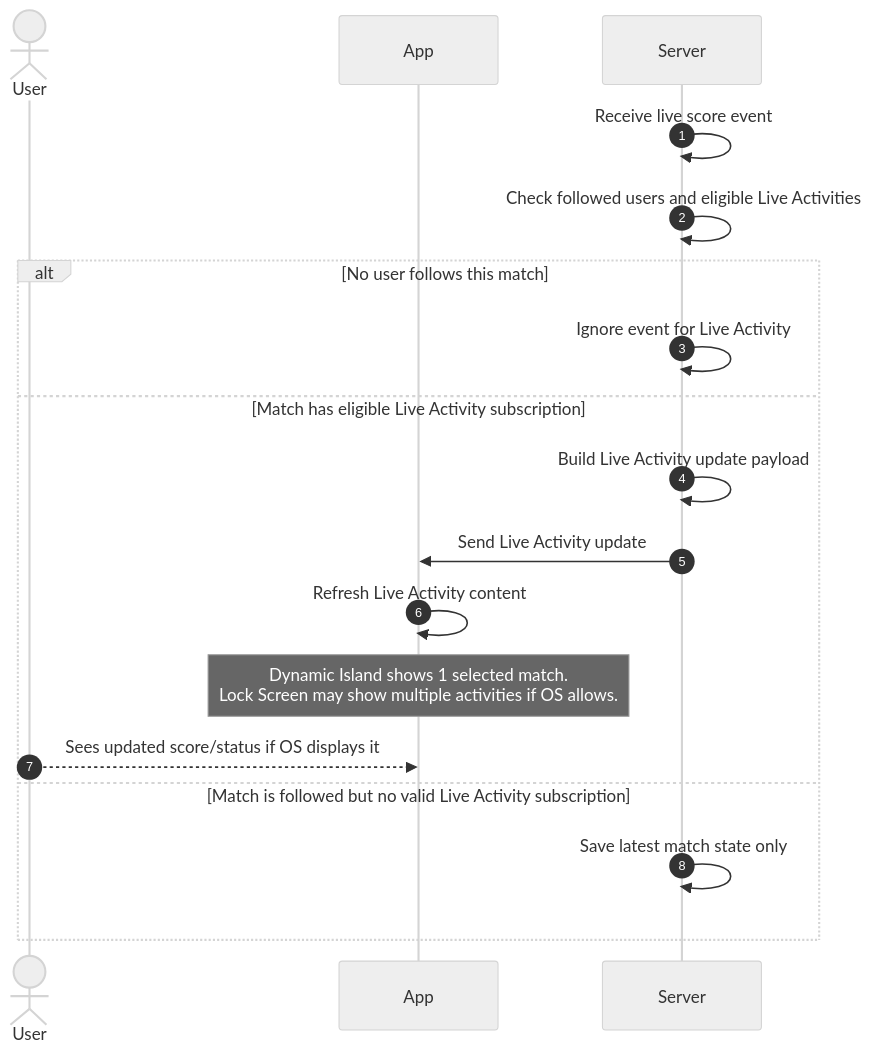
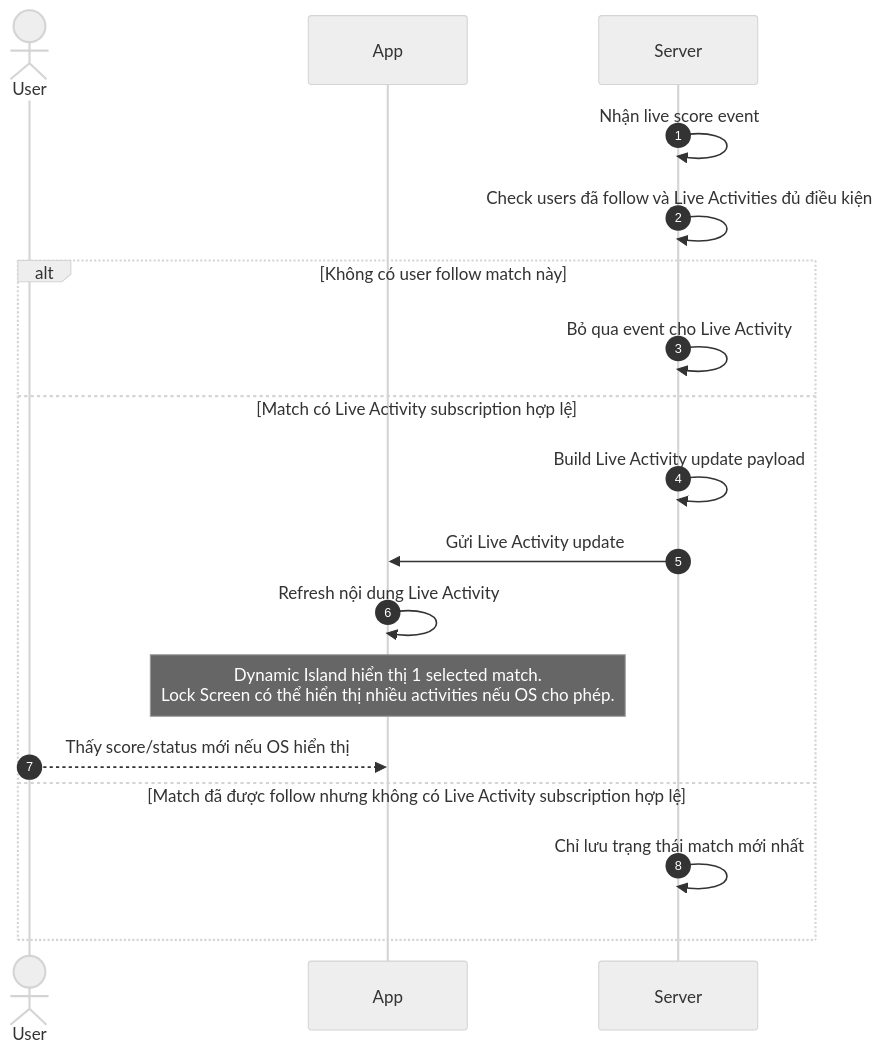
The second of 4 diagrams in features/final-docs/Sport-Zone/Live-Activity/product/live-activity-user-flows.md (duongdang1136/FPTPLay), drawn with Mermaid (neutral theme) before and after one commit. The commit also changed other lines of this file, not shown here.

Commit message:
docs: translate live activity user flows

````diff
--- a/features/final-docs/Sport-Zone/Live-Activity/product/live-activity-user-flows.md
+++ b/features/final-docs/Sport-Zone/Live-Activity/product/live-activity-user-flows.md
@@ -180,23 +179,23 @@
 ```mermaid
 sequenceDiagram
     autonumber
 
     actor User
     participant App
     participant Server
 
-    Server->>Server: Receive live score event
-    Server->>Server: Check followed users and eligible Live Activities
+    Server->>Server: Nhận live score event
+    Server->>Server: Check users đã follow và Live Activities đủ điều kiện
 
-    alt No user follows this match
-        Server->>Server: Ignore event for Live Activity
-    else Match has eligible Live Activity subscription
+    alt Không có user follow match này
+        Server->>Server: Bỏ qua event cho Live Activity
+    else Match có Live Activity subscription hợp lệ
         Server->>Server: Build Live Activity update payload
-        Server->>App: Send Live Activity update
-        App->>App: Refresh Live Activity content
-        Note over App: Dynamic Island shows 1 selected match.<br/>Lock Screen may show multiple activities if OS allows.
-        User-->>App: Sees updated score/status if OS displays it
-    else Match is followed but no valid Live Activity subscription
-        Server->>Server: Save latest match state only
+        Server->>App: Gửi Live Activity update
+        App->>App: Refresh nội dung Live Activity
+        Note over App: Dynamic Island hiển thị 1 selected match.<br/>Lock Screen có thể hiển thị nhiều activities nếu OS cho phép.
+        User-->>App: Thấy score/status mới nếu OS hiển thị
+    else Match đã được follow nhưng không có Live Activity subscription hợp lệ
+        Server->>Server: Chỉ lưu trạng thái match mới nhất
     end
 ```
````
